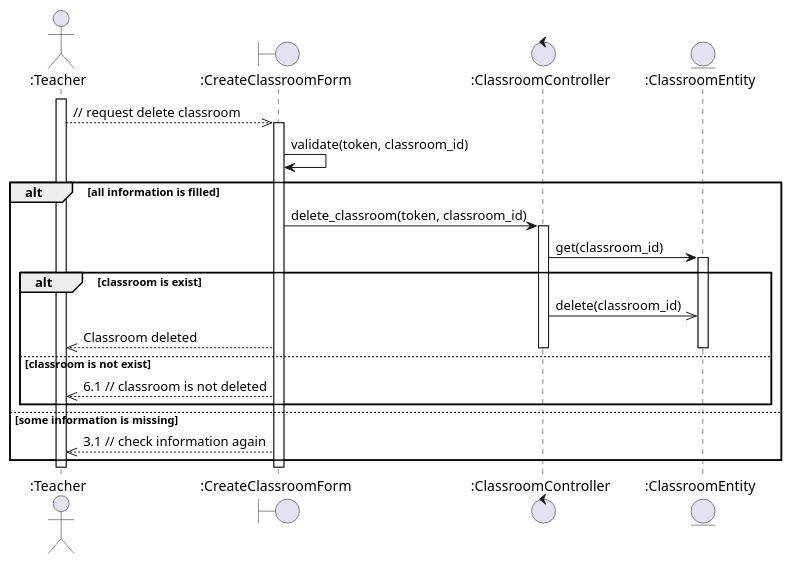
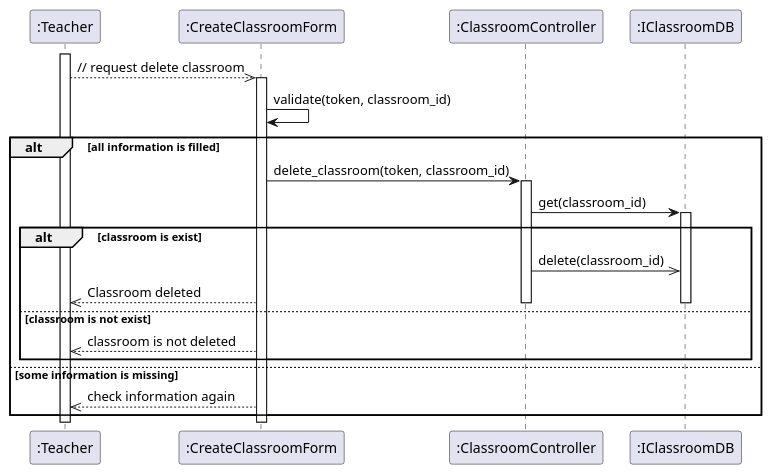
One commit to anonyhostvn/OOAD-Diagram changed the diagram in sequence - design/classroom/deleteClass.plantuml. Above: the diagram before and after it, drawn with PlantUML. The commit also changed 4 other files, not shown here.

```diff
--- a/sequence - design/classroom/deleteClass.plantuml
+++ b/sequence - design/classroom/deleteClass.plantuml
@@ -1,32 +1,27 @@
 @startuml deleteClass
-
-actor ":Teacher"
-boundary ":CreateClassroomForm"
-control ":ClassroomController"
-entity ":ClassroomEntity"
 
 activate ":Teacher"
 ":Teacher" -->> ":CreateClassroomForm": // request delete classroom
 activate ":CreateClassroomForm"
 ":CreateClassroomForm" -> ":CreateClassroomForm": validate(token, classroom_id)
 alt all information is filled
     ":CreateClassroomForm" -> ":ClassroomController": delete_classroom(token, classroom_id)
     activate ":ClassroomController"
-    ":ClassroomController" -> ":ClassroomEntity": get(classroom_id)
-    activate ":ClassroomEntity"
+    ":ClassroomController" -> ":IClassroomDB": get(classroom_id)
+    activate ":IClassroomDB"
     alt classroom is exist
-        ":ClassroomController" ->> ":ClassroomEntity": delete(classroom_id)
+        ":ClassroomController" ->> ":IClassroomDB": delete(classroom_id)
         ":CreateClassroomForm" -->> ":Teacher": Classroom deleted
     else classroom is not exist
-        deactivate ":ClassroomEntity"
+        deactivate ":IClassroomDB"
         deactivate ":ClassroomController"
-        ":CreateClassroomForm" -->> ":Teacher": 6.1 // classroom is not deleted
+        ":CreateClassroomForm" -->> ":Teacher": classroom is not deleted
     end
 else some information is missing
-    ":CreateClassroomForm" -->> ":Teacher": 3.1 // check information again
+    ":CreateClassroomForm" -->> ":Teacher": check information again
 end
 
 deactivate ":CreateClassroomForm"
 deactivate ":Teacher"
 
 @enduml
```
